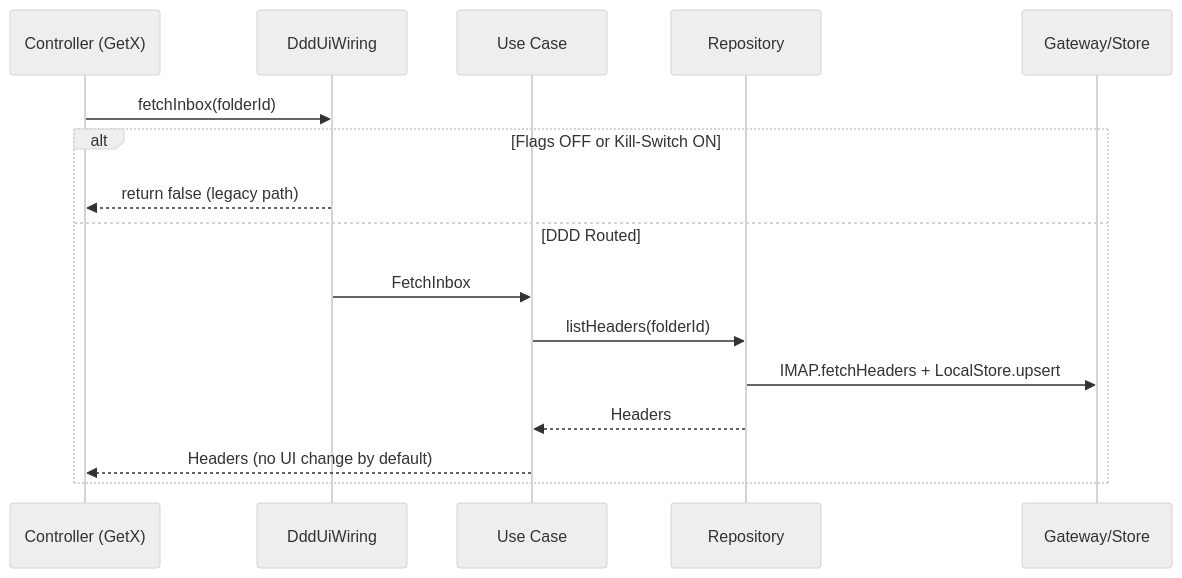
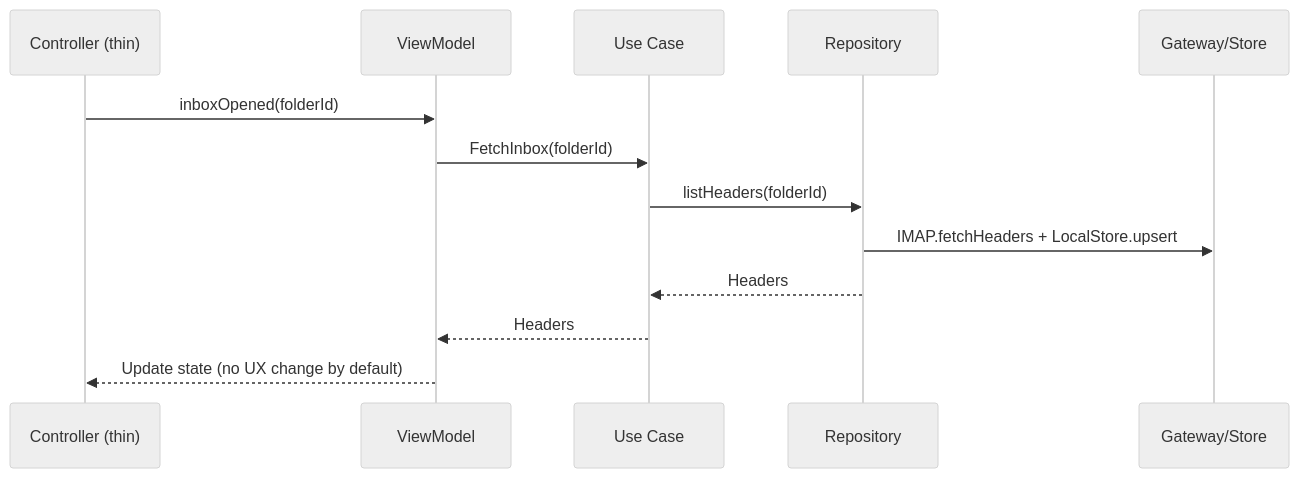
One commit to dfangys/dits.ly.wahdamail changed the first of 2 diagrams in docs/ARCHITECTURE.md. Above: the diagram before and after it, drawn with Mermaid (neutral theme). The commit also changed other lines of this file, not shown here.

Commit message:
P12.3a: Presentation tidy — Architecture doc reflects active ViewModels (shim retired)

````diff
--- a/docs/ARCHITECTURE.md
+++ b/docs/ARCHITECTURE.md
@@ -141,19 +143,16 @@
 ```mermaid
 sequenceDiagram
-  participant UI as Controller (GetX)
-  participant W as DddUiWiring
+  participant UI as Controller (thin)
+  participant VM as ViewModel
   participant UC as Use Case
   participant REPO as Repository
   participant GW as Gateway/Store
 
-  UI->>W: fetchInbox(folderId)
-  alt Flags OFF or Kill-Switch ON
-    W-->>UI: return false (legacy path)
-  else DDD Routed
-    W->>UC: FetchInbox
-    UC->>REPO: listHeaders(folderId)
-    REPO->>GW: IMAP.fetchHeaders + LocalStore.upsert
-    REPO-->>UC: Headers
-    UC-->>UI: Headers (no UI change by default)
-  end
+  UI->>VM: inboxOpened(folderId)
+  VM->>UC: FetchInbox(folderId)
+  UC->>REPO: listHeaders(folderId)
+  REPO->>GW: IMAP.fetchHeaders + LocalStore.upsert
+  REPO-->>UC: Headers
+  UC-->>VM: Headers
+  VM-->>UI: Update state (no UX change by default)
 ```
````
